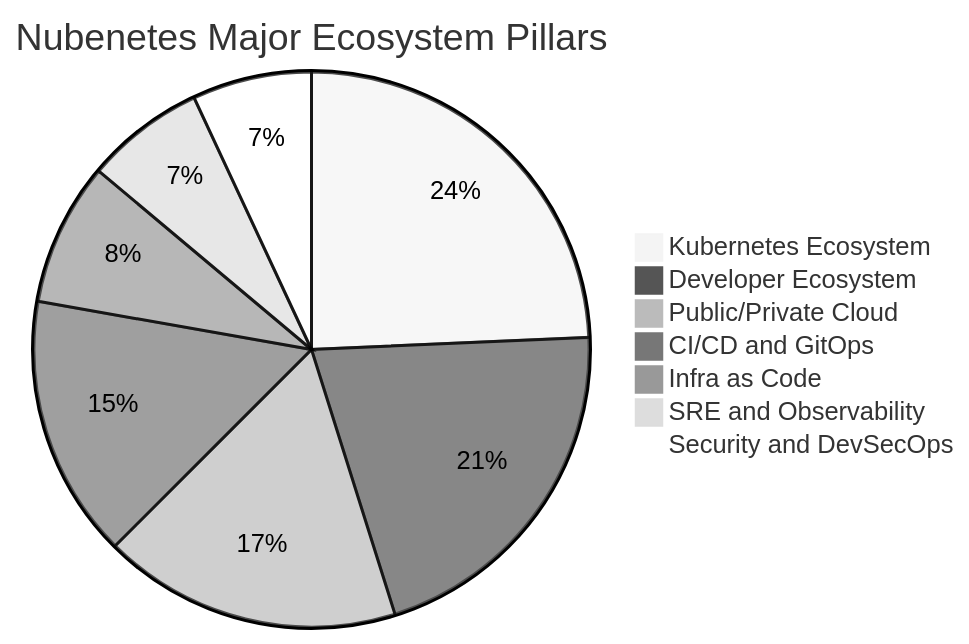
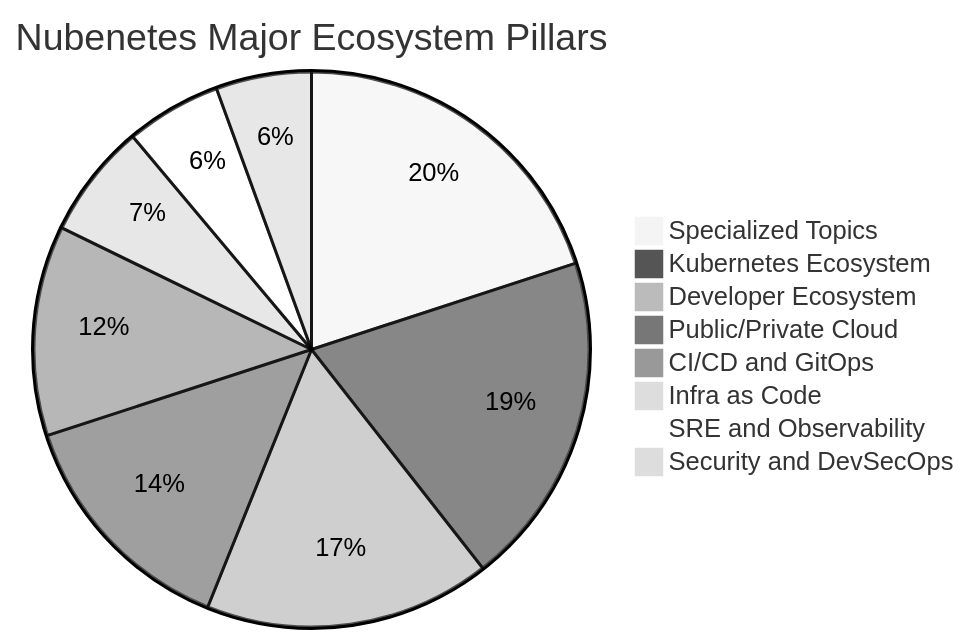
One commit to sec-js/awesome-kubernetes changed the second of 10 diagrams in README.md. Above: the diagram before and after it, drawn with Mermaid (neutral theme). The commit also changed other lines of this file, not shown here.

````diff
--- a/README.md
+++ b/README.md
@@ -208,10 +218,11 @@
 ```mermaid
 pie title Nubenetes Major Ecosystem Pillars
+    "Specialized Topics" : 3594
     "Kubernetes Ecosystem" : 3500
     "Developer Ecosystem" : 3000
     "Public/Private Cloud" : 2500
     "CI/CD and GitOps" : 2200
     "Infra as Code" : 1200
     "SRE and Observability" : 1000
     "Security and DevSecOps" : 1000
 ```
````
